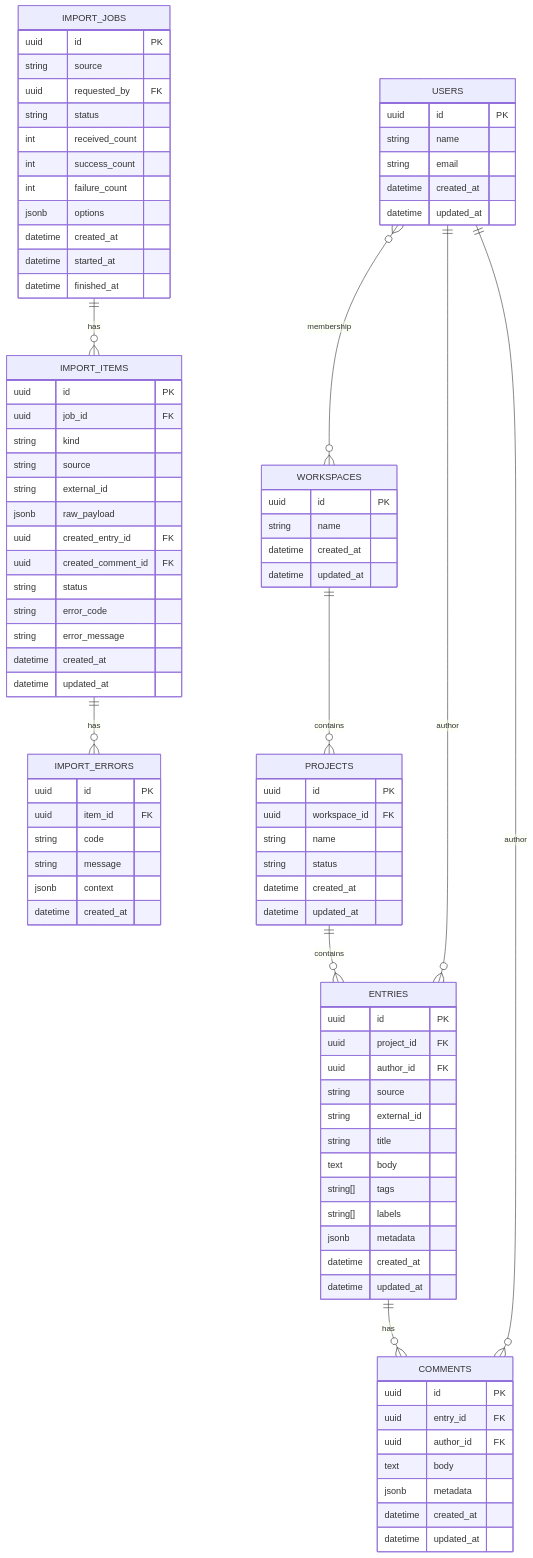
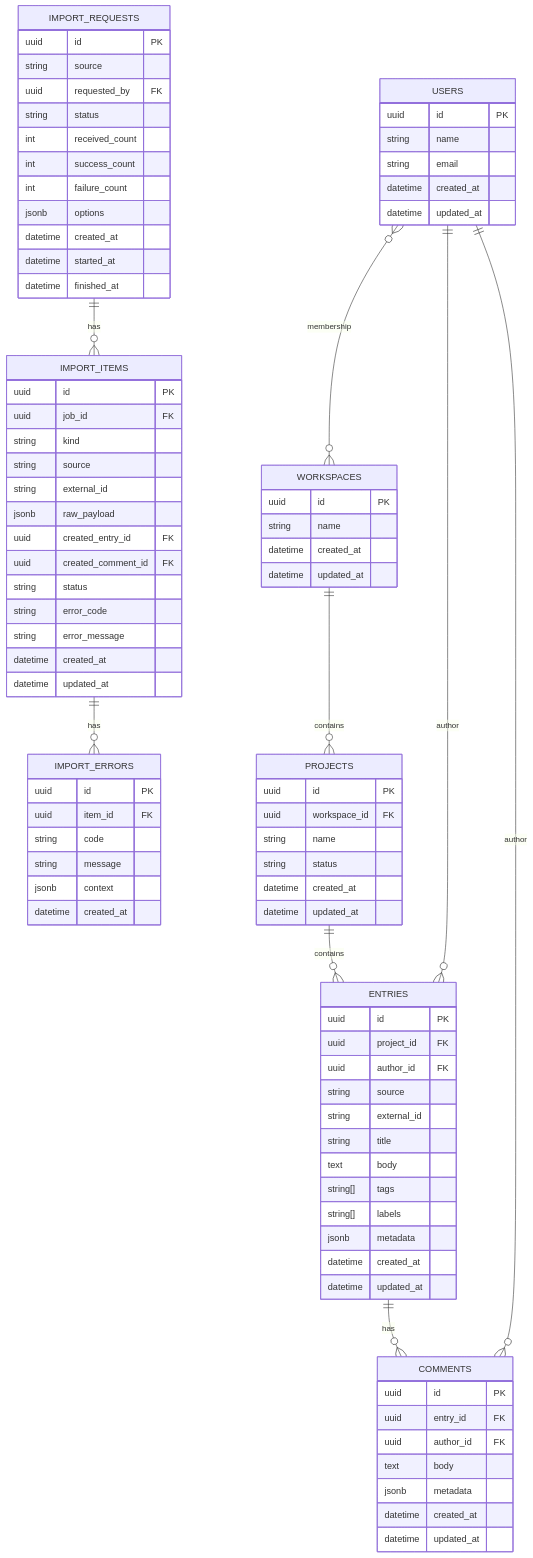
The diagram in docs/design.md (tesserahq/chrona), drawn with Mermaid before and after one commit. The commit also changed 32 other files, not shown here.

```diff
--- a/docs/design.md
+++ b/docs/design.md
@@ -80,10 +80,10 @@
     datetime created_at
     datetime updated_at
   }
-  IMPORT_JOBS ||--o{ IMPORT_ITEMS : "has"
+  IMPORT_REQUESTS ||--o{ IMPORT_ITEMS : "has"
   IMPORT_ITEMS ||--o{ IMPORT_ERRORS : "has"
 
-  IMPORT_JOBS {
+  IMPORT_REQUESTS {
     uuid id PK
     string source
     uuid requested_by FK
```
